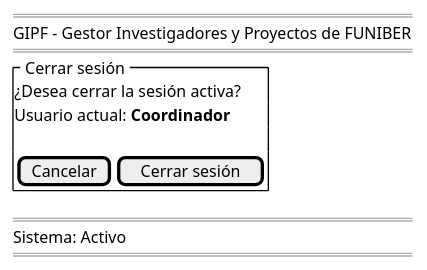
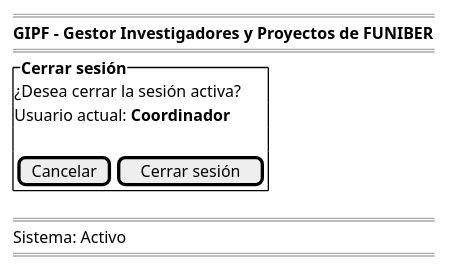
One commit to 31Diego/25-26-IdSw1-SdR changed the diagram in documents/casosDeUso/detalle/coordinador/00-autenticacion/cerrarSesion/prototipo/prototipo.puml. Above: the diagram before and after it, drawn with PlantUML. The commit also changed 16 other files, not shown here.

```diff
--- a/documents/casosDeUso/detalle/coordinador/00-autenticacion/cerrarSesion/prototipo/prototipo.puml
+++ b/documents/casosDeUso/detalle/coordinador/00-autenticacion/cerrarSesion/prototipo/prototipo.puml
@@ -1,20 +1,20 @@
 @startsalt cerrarSesion-wireframe
 {
     ====
-    GIPF - Gestor Investigadores y Proyectos de FUNIBER
+    <b>GIPF - Gestor Investigadores y Proyectos de FUNIBER
     ====
-    {^" Cerrar sesión "
+    {^ <b>Cerrar sesión
         ¿Desea cerrar la sesión activa?
 
         Usuario actual: **Coordinador**
 
         .
         {
             [Cancelar] | [Cerrar sesión]
         }
     }
     ====
     Sistema: Activo
     ====
 }
 @endsalt
```
